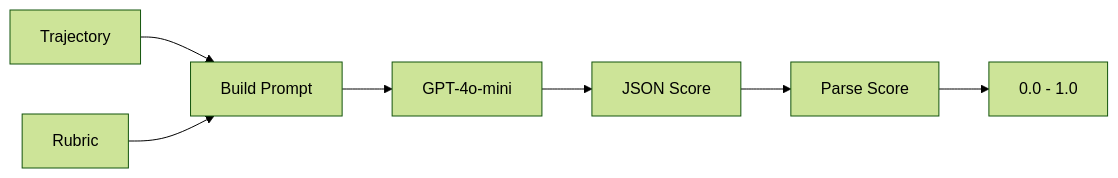
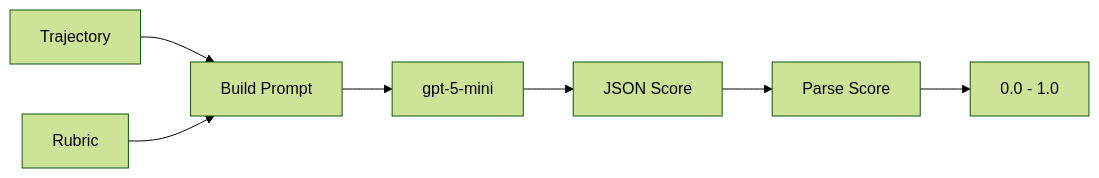
The diagram in packages/training/training-babylon/book/src/scoring/llm-judge.md (elizaOS/eliza), drawn with Mermaid (forest theme) before and after one commit. The commit also changed other lines of this file and 1767 other files, not shown here.

````diff
--- a/packages/training/training-babylon/book/src/scoring/llm-judge.md
+++ b/packages/training/training-babylon/book/src/scoring/llm-judge.md
@@ -19,9 +19,9 @@
 ```mermaid
 graph LR
     TRAJ[Trajectory] --> PROMPT[Build Prompt]
     RUBRIC[Rubric] --> PROMPT
-    PROMPT --> LLM[GPT-4o-mini]
+    PROMPT --> LLM[gpt-5-mini]
     LLM --> RESPONSE[JSON Score]
     RESPONSE --> PARSE[Parse Score]
     PARSE --> SCORE[0.0 - 1.0]
 ```
````
